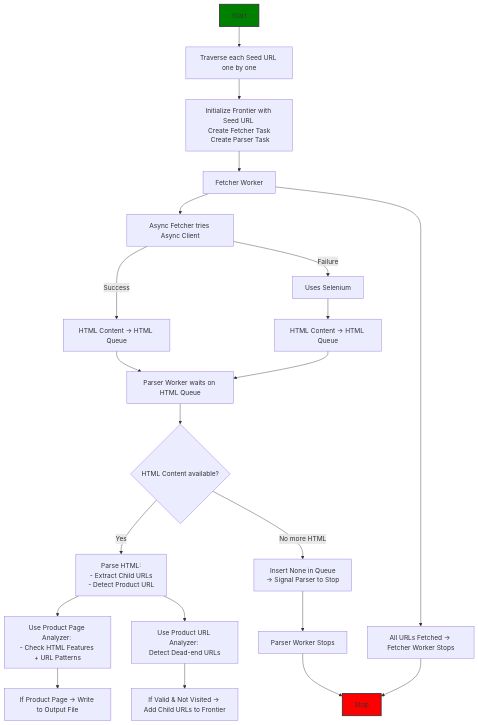
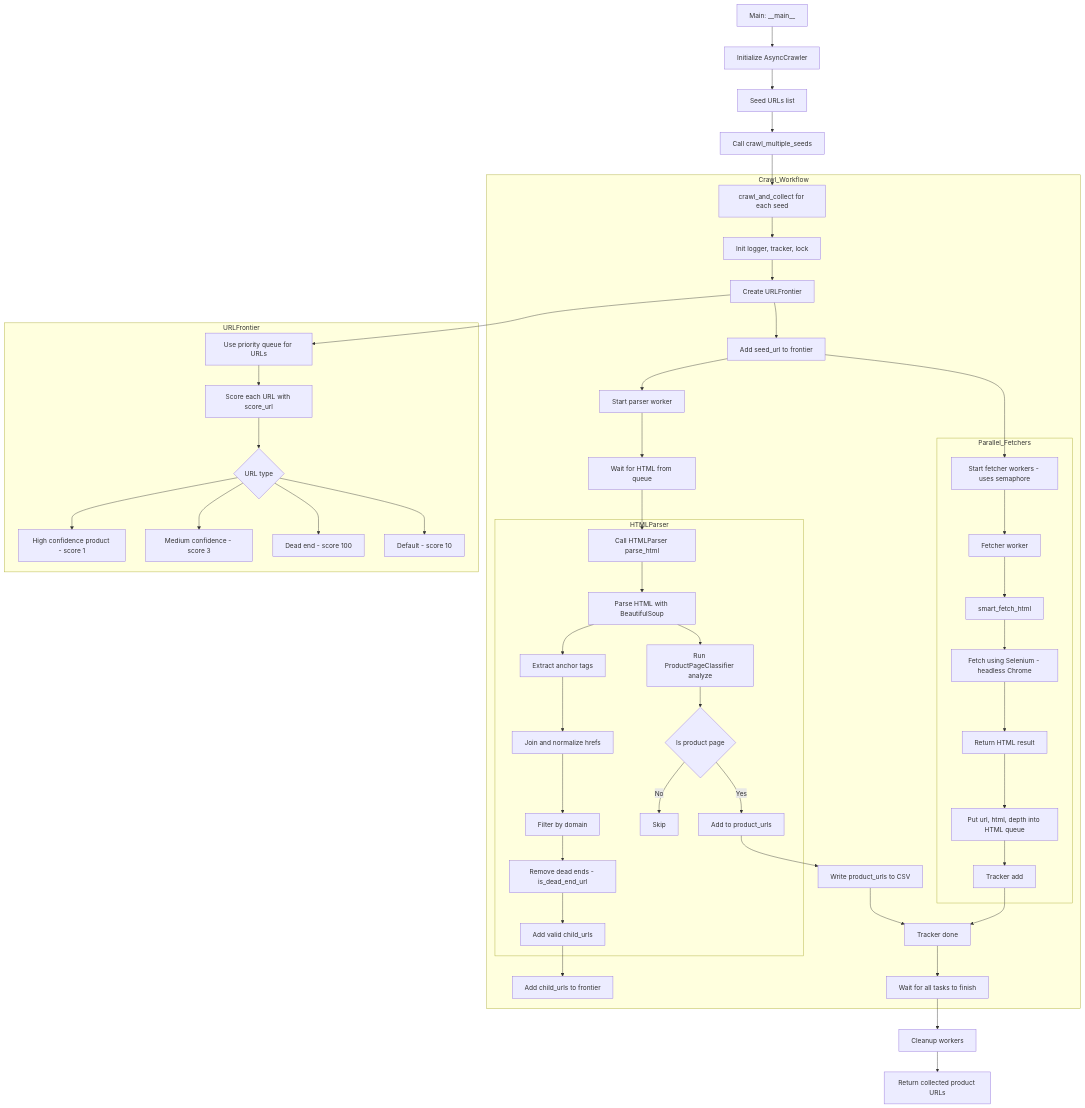
One commit to timepasser00/product-crawler-python changed the diagram in readme.md. Above: the diagram before and after it, drawn with Mermaid.

````diff
--- a/readme.md
+++ b/readme.md
@@ -16,34 +17,63 @@
 ``` mermaid
-flowchart TD;
 
-    A[Start] --> B[Traverse each Seed URL one by one]
-    B --> C[Initialize Frontier with Seed URL <br> Create Fetcher Task <br> Create Parser Task]
+flowchart TD
+    A[Main: __main__] --> B[Initialize AsyncCrawler]
+    B --> C[Seed URLs list]
+    C --> D[Call crawl_multiple_seeds]
+    D --> E[crawl_and_collect for each seed]
 
-    C --> D[Fetcher Worker]
-    D --> E[Async Fetcher tries Async Client]
-    E -->|Success| F[HTML Content → HTML Queue]
-    E -->|Failure| G[Uses Selenium]
-    G --> H[HTML Content → HTML Queue]
+    subgraph Crawl_Workflow
+        E --> F1[Init logger, tracker, lock]
+        F1 --> F2[Create URLFrontier]
+        F2 --> F3[Add seed_url to frontier]
+        F3 --> F4[Start parser worker]
+        F3 --> F5[Start fetcher workers - uses semaphore]
 
-    F & H --> I[Parser Worker waits on HTML Queue]
+        subgraph Parallel_Fetchers
+            F5 --> FW[Fetcher worker]
+            FW --> F6[smart_fetch_html]
+            F6 --> F7[Fetch using Selenium - headless Chrome]
+            F7 --> F8[Return HTML result]
+            F8 --> F9[Put url, html, depth into HTML queue]
+            F9 --> F10[Tracker add]
+        end
 
-    I --> J{HTML Content available?}
-    J -->|Yes| K[Parse HTML:<br>- Extract Child URLs<br>- Detect Product URL]
+        F4 --> P1[Wait for HTML from queue]
+        P1 --> P2[Call HTMLParser parse_html]
 
-    K --> L[Use Product Page Analyzer: <br>- Check HTML Features + URL Patterns]
-    K --> M[Use Product URL Analyzer: <br>Detect Dead-end URLs]
+        subgraph HTMLParser
+            P2 --> HP1[Parse HTML with BeautifulSoup]
+            HP1 --> HP2[Run ProductPageClassifier analyze]
+            HP2 --> HP3{Is product page}
+            HP3 -->|Yes| HP4[Add to product_urls]
+            HP3 -->|No| HP5[Skip]
 
-    L --> N[If Product Page → Write to Output File]
-    M --> O[If Valid & Not Visited → Add Child URLs to Frontier]
+            HP1 --> HP6[Extract anchor tags]
+            HP6 --> HP7[Join and normalize hrefs]
+            HP7 --> HP8[Filter by domain]
+            HP8 --> HP9[Remove dead ends - is_dead_end_url]
+            HP9 --> HP10[Add valid child_urls]
+        end
 
-    J -->|No more HTML| P[Insert None in Queue\n→ Signal Parser to Stop]
-    D --> Q[All URLs Fetched → Fetcher Worker Stops]
+        HP10 --> P3[Add child_urls to frontier]
+        HP4 --> P4[Write product_urls to CSV]
+        P4 --> P5[Tracker done]
+        F10 --> P5
+        P5 --> F11[Wait for all tasks to finish]
+    end
 
-    P --> R[Parser Worker Stops]
-    R --> S[Stop]
-    Q --> S
+    F11 --> G[Cleanup workers]
+    G --> H[Return collected product URLs]
 
-    style A fill:green,stroke:#333,stroke-width:2px
-    style S fill:red,stroke:#333,stroke-width:2px
+    subgraph URLFrontier
+        F2 --> UF1[Use priority queue for URLs]
+        UF1 --> UF2[Score each URL with score_url]
+        UF2 --> UF3{URL type}
+        UF3 --> UF4[High confidence product - score 1]
+        UF3 --> UF5[Medium confidence - score 3]
+        UF3 --> UF6[Dead end - score 100]
+        UF3 --> UF7[Default - score 10]
+    end
+
 
 ```
````
